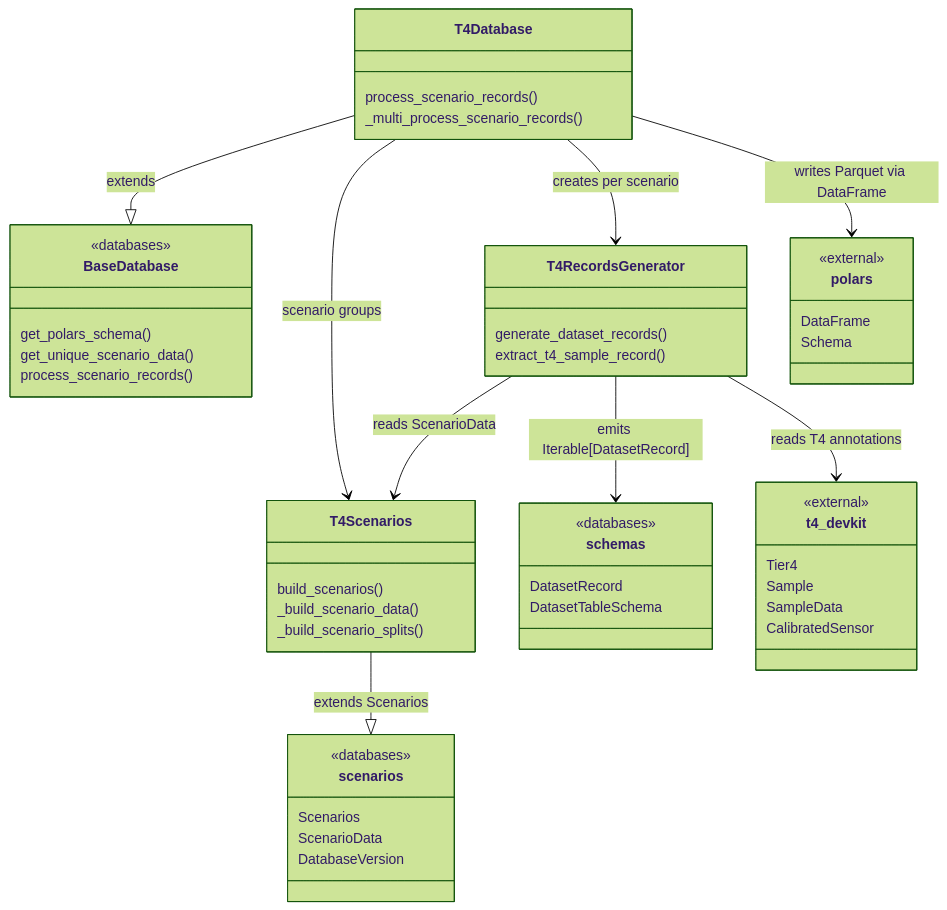
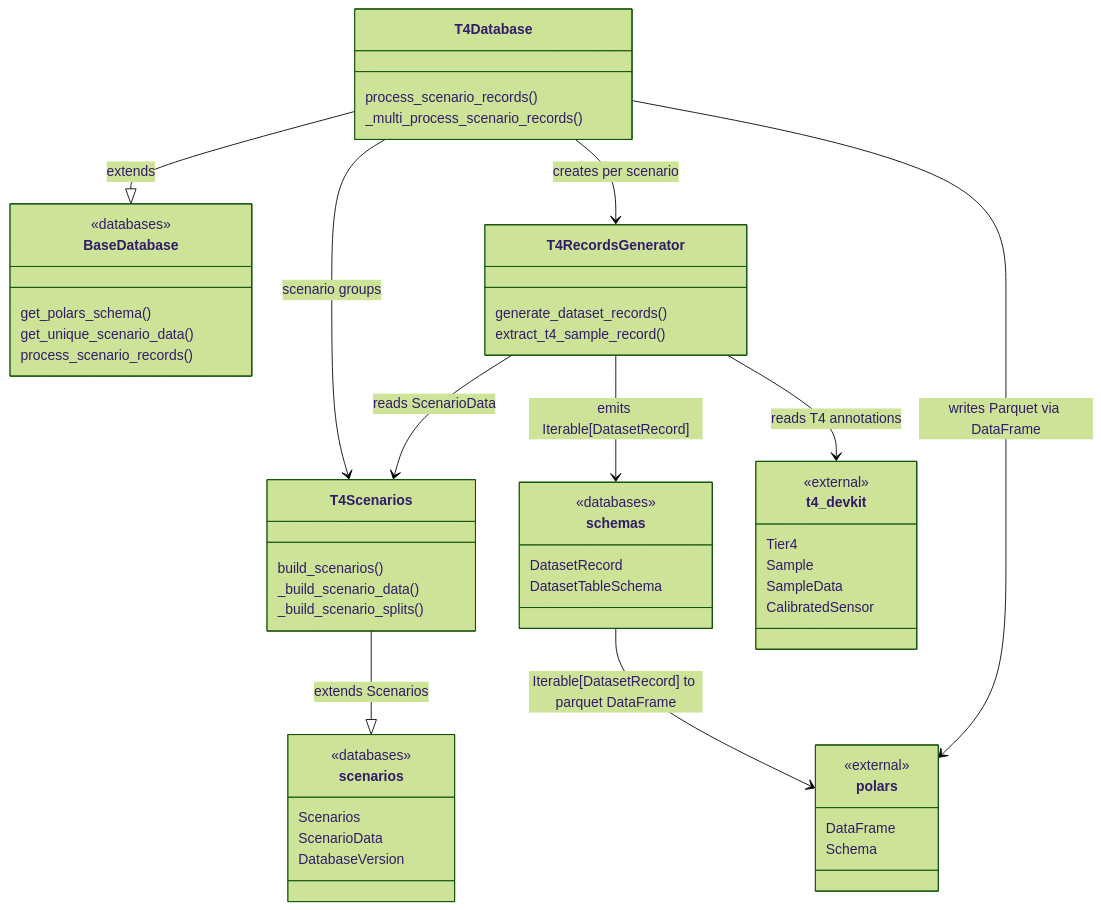
The diagram in autoware_ml/databases/t4datasets/README.md (tier4/autoware-ml), drawn with Mermaid (forest theme) before and after one commit.

````diff
--- a/autoware_ml/databases/t4datasets/README.md
+++ b/autoware_ml/databases/t4datasets/README.md
@@ -13,65 +13,67 @@
 ```mermaid
 classDiagram
     direction TB
 
     class polars {
         <<external>>
         DataFrame
         Schema
     }
 
     class t4_devkit {
         <<external>>
         Tier4
         Sample
         SampleData
         CalibratedSensor
     }
 
     class scenarios {
         <<databases>>
         Scenarios
         ScenarioData
         DatabaseVersion
     }
 
     class schemas {
         <<databases>>
         DatasetRecord
         DatasetTableSchema
     }
 
     class BaseDatabase {
         <<databases>>
         get_polars_schema()
         get_unique_scenario_data()
         process_scenario_records()
     }
 
     class T4Scenarios {
         build_scenarios()
         _build_scenario_data()
         _build_scenario_splits()
     }
 
     class T4RecordsGenerator {
         generate_dataset_records()
         extract_t4_sample_record()
     }
 
     class T4Database {
         process_scenario_records()
         _multi_process_scenario_records()
     }
 
     T4Scenarios --|> scenarios : extends Scenarios
 
     T4Database --|> BaseDatabase : extends
     T4Database --> T4Scenarios : scenario groups
     T4Database --> T4RecordsGenerator : creates per scenario
     T4Database --> polars : writes Parquet via DataFrame
 
     T4RecordsGenerator --> T4Scenarios : reads ScenarioData
     T4RecordsGenerator --> schemas : emits Iterable[DatasetRecord]
     T4RecordsGenerator --> t4_devkit : reads T4 annotations
+
+    schemas --> polars: Iterable[DatasetRecord] to parquet DataFrame
 ```
````
